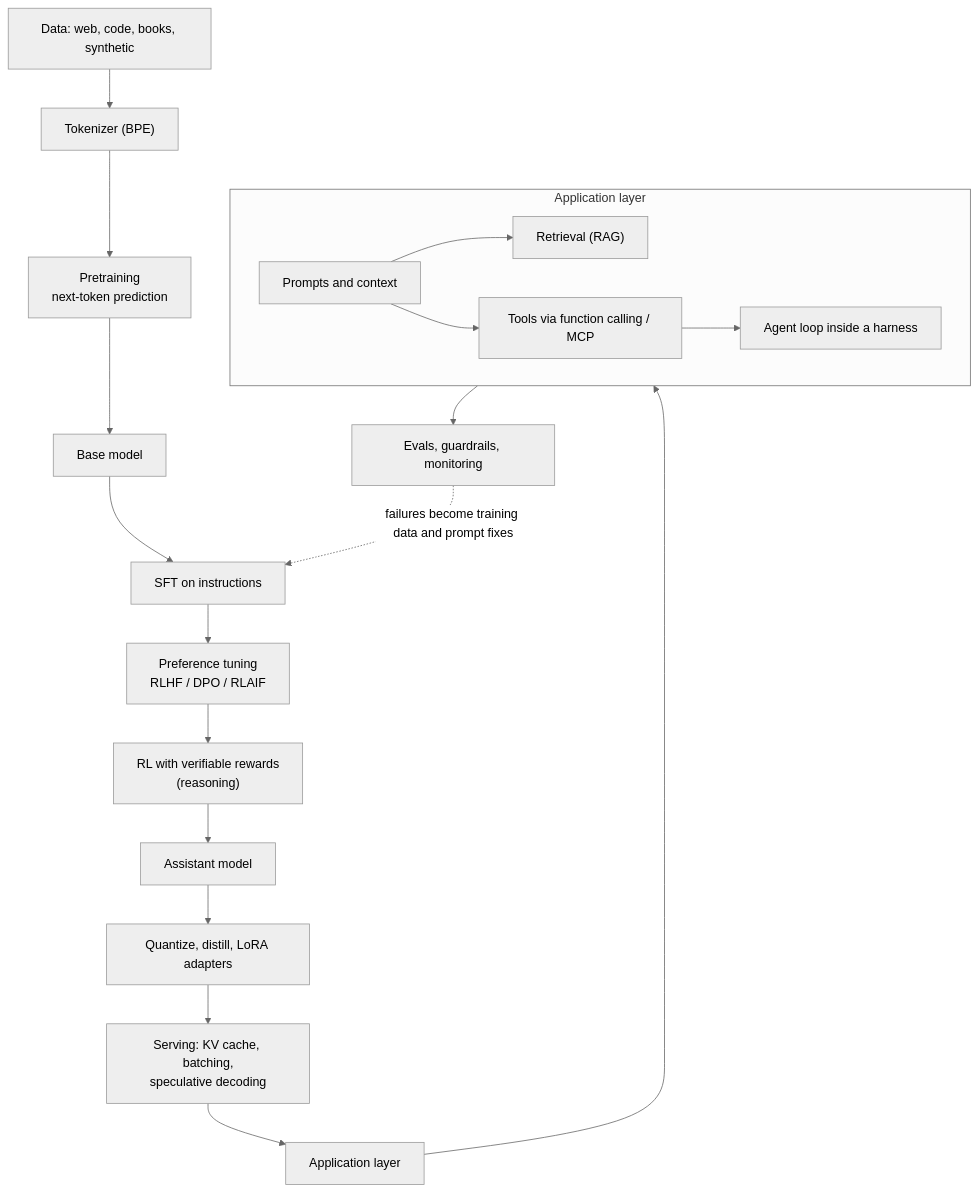
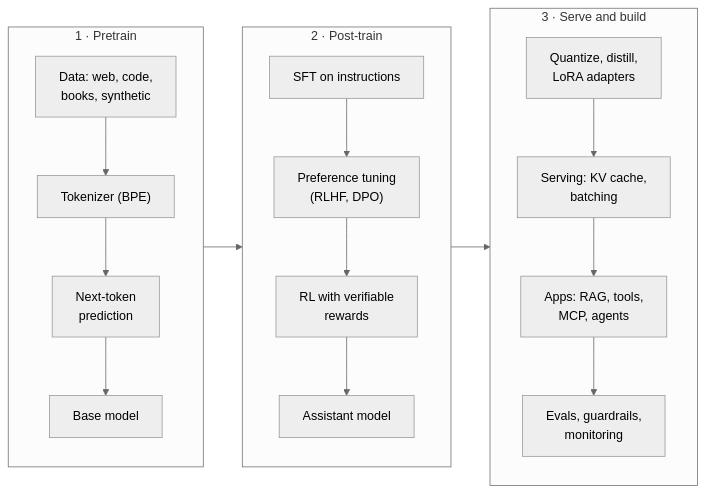
One commit to rajan-021/AI-ML changed the second of 2 diagrams in docs/start/big-picture.md. Above: the diagram before and after it, drawn with Mermaid (neutral theme). The commit also changed other lines of this file and 20 other files, not shown here.

First line of the commit message:
Make diagrams readable at the content width

````diff
--- a/docs/start/big-picture.md
+++ b/docs/start/big-picture.md
@@ -277,21 +279,22 @@
 ```mermaid
-flowchart TB
-    D["Data: web, code, books, synthetic"] --> T["Tokenizer (BPE)"]
-    T --> PT["Pretraining<br/>next-token prediction"]
-    PT --> BASE["Base model"]
-    BASE --> SFT["SFT on instructions"]
-    SFT --> PREF["Preference tuning<br/>RLHF / DPO / RLAIF"]
-    PREF --> RL["RL with verifiable rewards<br/>(reasoning)"]
-    RL --> M["Assistant model"]
-    M --> OPT["Quantize, distill, LoRA adapters"]
-    OPT --> SERVE["Serving: KV cache, batching,<br/>speculative decoding"]
-    SERVE --> APP["Application layer"]
-    subgraph APPL["Application layer"]
-        PR["Prompts and context"] --> RAGN["Retrieval (RAG)"]
-        PR --> TOOLS["Tools via function calling / MCP"]
-        TOOLS --> AG["Agent loop inside a harness"]
+flowchart LR
+    subgraph PRE["1 · Pretrain"]
+        direction TB
+        D["Data: web, code,<br/>books, synthetic"] --> T["Tokenizer (BPE)"]
+        T --> PT["Next-token<br/>prediction"]
+        PT --> BASE["Base model"]
     end
-    APP --> APPL
-    APPL --> EV["Evals, guardrails, monitoring"]
-    EV -.->|"failures become training data and prompt fixes"| SFT
+    subgraph POST["2 · Post-train"]
+        direction TB
+        SFT["SFT on instructions"] --> PREF["Preference tuning<br/>(RLHF, DPO)"]
+        PREF --> RL["RL with verifiable<br/>rewards"]
+        RL --> M["Assistant model"]
+    end
+    subgraph APP["3 · Serve and build"]
+        direction TB
+        OPT["Quantize, distill,<br/>LoRA adapters"] --> SERVE["Serving: KV cache,<br/>batching"]
+        SERVE --> APPL["Apps: RAG, tools,<br/>MCP, agents"]
+        APPL --> EV["Evals, guardrails,<br/>monitoring"]
+    end
+    PRE --> POST --> APP
 ```
````
